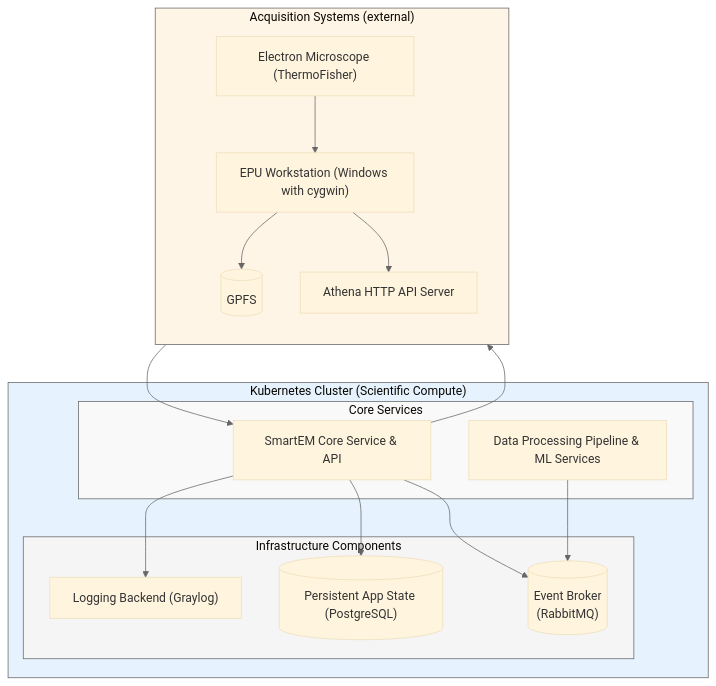
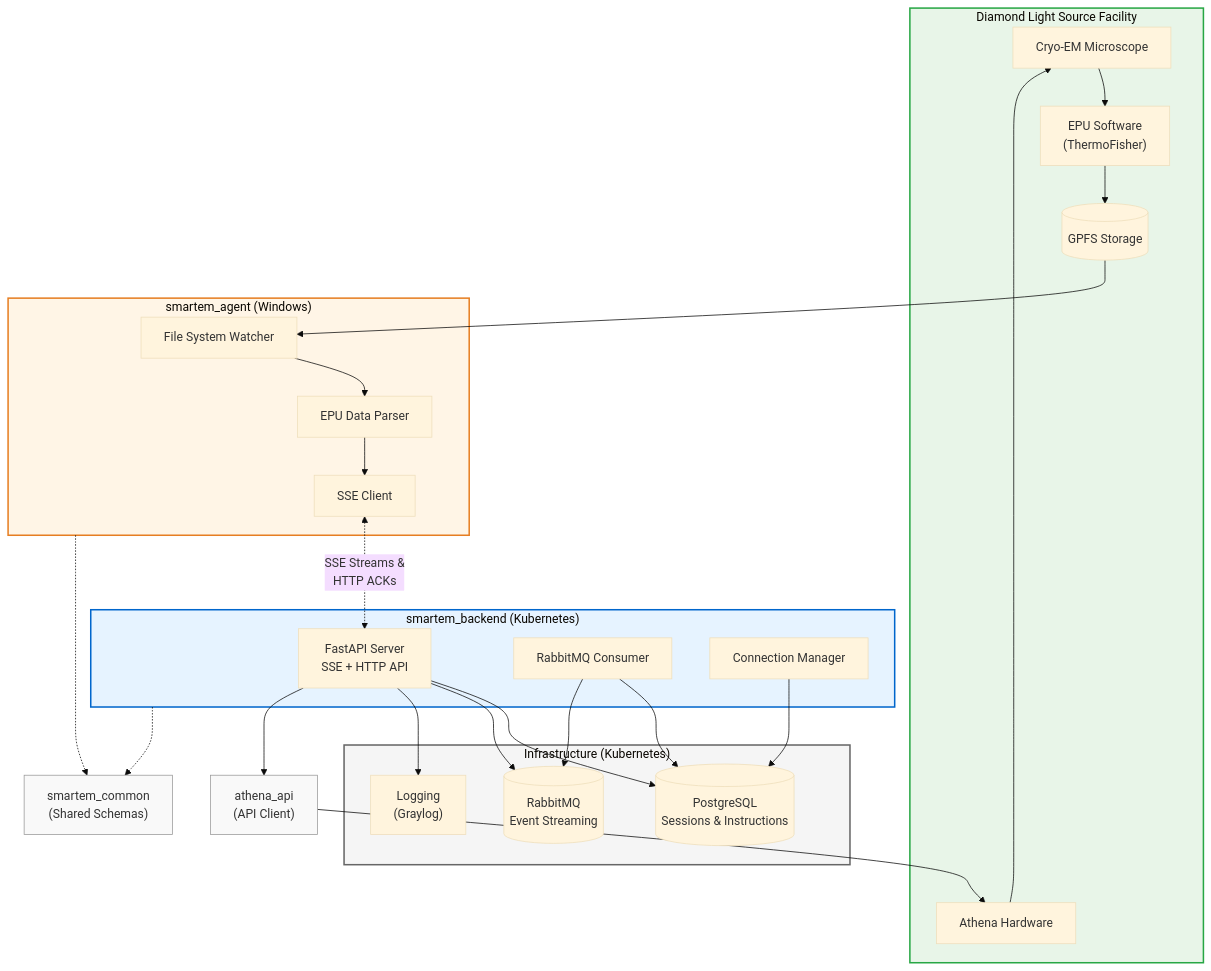
One commit to DiamondLightSource/smartem-decisions changed the diagram in README.md. Above: the diagram before and after it, drawn with Mermaid (base theme). The commit also changed 2 other files, not shown here.

Commit message:
updates to system design diagram

````diff
--- a/README.md
+++ b/README.md
@@ -39,49 +39,75 @@
 ```mermaid
- graph TD
-    subgraph k8s["Kubernetes Cluster (Scientific Compute)"]
-        subgraph core["Core Services"]
-            api["SmartEM Core Service & API"]
-            dp["Data Processing Pipeline & ML Services"]
-        end
-
-        subgraph infrastructure["Infrastructure Components"]
-            log["Logging Backend (Graylog)"]
-            db[("Persistent App State (PostgreSQL)")]
-            mq[("Event Broker\n(RabbitMQ)")]
-        end
+flowchart TD
+    %% Equipment and Data Collection Layer
+    subgraph facility["Diamond Light Source Facility"]
+        microscope["Cryo-EM Microscope"]
+        athena_hw["Athena Hardware"]
+        epu["EPU Software<br/>(ThermoFisher)"]
+        gpfs[("GPFS Storage")]
     end
 
-    subgraph ext["Acquisition Systems (external)"]
-        direction TB
-        em["Electron Microscope (ThermoFisher)"]
-        gpfs[("GPFS")]
-        epu["EPU Workstation (Windows with cygwin)"]
-        athena["Athena HTTP API Server"]
+    %% Agent Layer
+    subgraph agent["smartem_agent (Windows)"]
+        fs_watcher["File System Watcher"]
+        fs_parser["EPU Data Parser"]
+        sse_client["SSE Client"]
     end
 
-    %% Internal connections
-    api --> db
-    api --> mq
-    dp --> mq
-    api --> log
+    %% Backend Services Layer
+    subgraph backend["smartem_backend (Kubernetes)"]
+        api_server["FastAPI Server<br/>SSE + HTTP API"]
+        consumer["RabbitMQ Consumer"]
+        conn_mgr["Connection Manager"]
+    end
 
-    %% External connections
-    em --> epu
+    %% Infrastructure Layer
+    subgraph infra["Infrastructure (Kubernetes)"]
+        db[("PostgreSQL<br/>Sessions & Instructions")]
+        mq[("RabbitMQ<br/>Event Streaming")]
+        log["Logging<br/>(Graylog)"]
+    end
+
+    %% Additional Packages
+    common["smartem_common<br/>(Shared Schemas)"]
+    athena_api["athena_api<br/>(API Client)"]
+
+    %% Data Flow Connections
+    microscope --> epu
+    athena_hw --> microscope
     epu --> gpfs
-    epu --> athena
-    api --> athena
-    epu --> api
+    gpfs --> fs_watcher
+    fs_watcher --> fs_parser
+    fs_parser --> sse_client
+
+    %% Backend Communication
+    sse_client <-.->|"SSE Streams &<br/>HTTP ACKs"| api_server
+
+    %% Backend Internal
+    api_server --> db
+    api_server --> mq
+    api_server --> log
+    consumer --> db
+    consumer --> mq
+    conn_mgr --> db
+
+    %% External Integration
+    api_server --> athena_api
+    athena_api --> athena_hw
+
+    %% Package Dependencies
+    backend -.-> common
+    agent -.-> common
 
     %% Styling
-    classDef k8s fill:#e6f3ff,stroke:#666
-    classDef core fill:#f9f9f9,stroke:#666
-    classDef infra fill:#f5f5f5,stroke:#666
-    classDef ext fill:#fff5e6,stroke:#666
+    classDef facility fill:#e8f5e8,stroke:#28a745,stroke-width:2px
+    classDef agent fill:#fff5e6,stroke:#e67e22,stroke-width:2px
+    classDef backend fill:#e6f3ff,stroke:#0066cc,stroke-width:2px
+    classDef infra fill:#f5f5f5,stroke:#666,stroke-width:2px
+    classDef packages fill:#f9f9f9,stroke:#999,stroke-width:1px
 
-    class k8s k8s
-    class core core
-    class infrastructure infra
-    class ext ext
-    %% Link styling
-    linkStyle 0,1,2,3,4,5,6,7,8 stroke:#666
+    class facility facility
+    class agent agent
+    class backend backend
+    class infra infra
+    class common,athena_api packages
 ```
````
